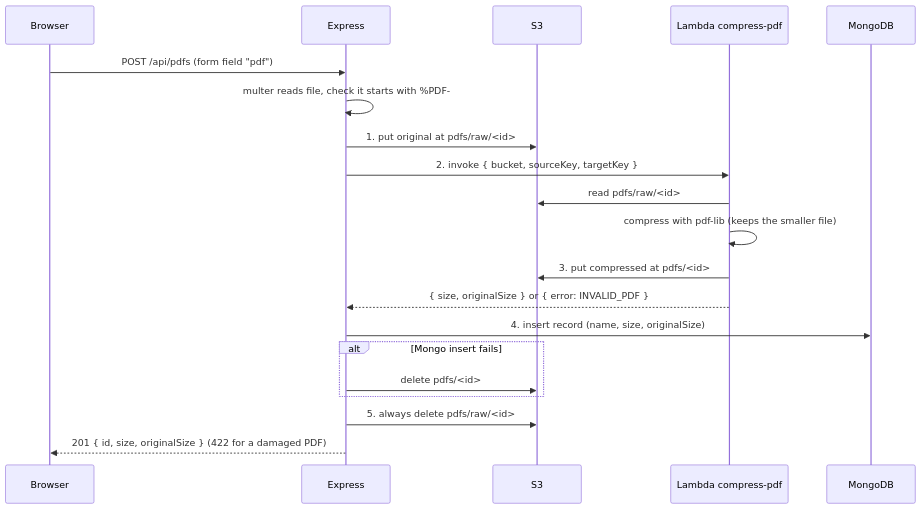
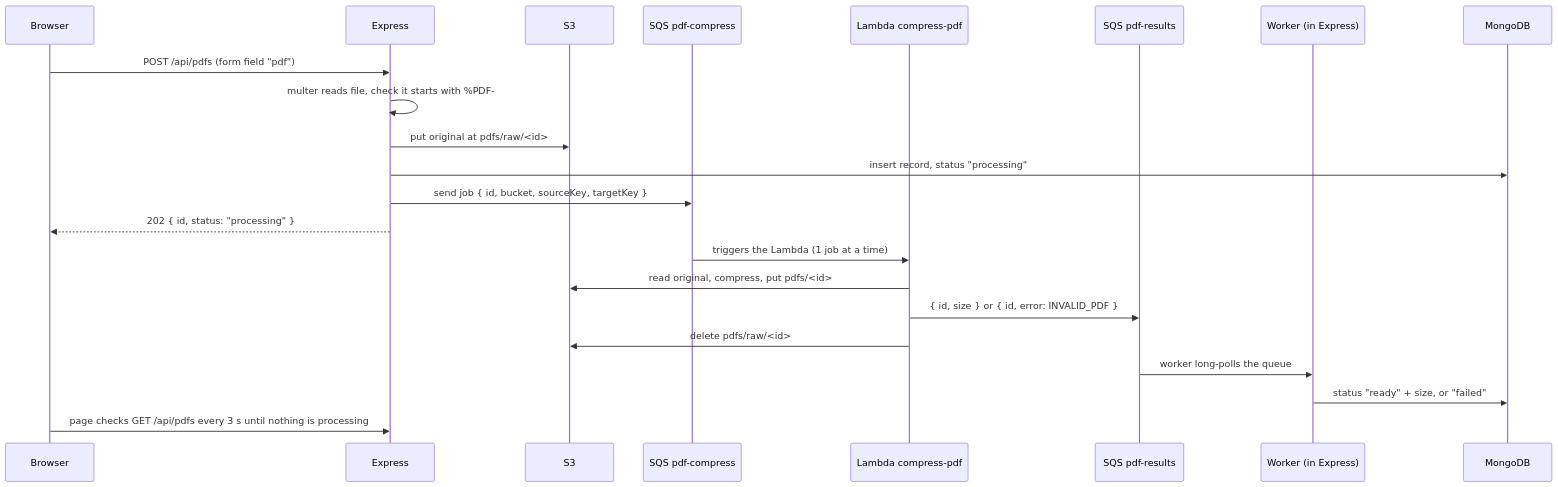
One commit to kushshah1554/localstack changed the third of 4 diagrams in ARCHITECTURE.md. Above: the diagram before and after it, drawn with Mermaid. The commit also changed other lines of this file and 17 other files, not shown here.

First line of the commit message:
Implement SQS for PDF compression workflow

````diff
--- a/ARCHITECTURE.md
+++ b/ARCHITECTURE.md
@@ -59,23 +66,26 @@
 ```mermaid
 sequenceDiagram
     participant B as Browser
     participant E as Express
     participant S as S3
+    participant Q as SQS pdf-compress
     participant L as Lambda compress-pdf
+    participant R as SQS pdf-results
+    participant W as Worker (in Express)
     participant M as MongoDB
 
     B->>E: POST /api/pdfs (form field "pdf")
     E->>E: multer reads file, check it starts with %PDF-
-    E->>S: 1. put original at pdfs/raw/<id>
-    E->>L: 2. invoke { bucket, sourceKey, targetKey }
-    L->>S: read pdfs/raw/<id>
-    L->>L: compress with pdf-lib (keeps the smaller file)
-    L->>S: 3. put compressed at pdfs/<id>
-    L-->>E: { size, originalSize }  or  { error: INVALID_PDF }
-    E->>M: 4. insert record (name, size, originalSize)
-    alt Mongo insert fails
-        E->>S: delete pdfs/<id>
-    end
-    E->>S: 5. always delete pdfs/raw/<id>
-    E-->>B: 201 { id, size, originalSize }  (422 for a damaged PDF)
+    E->>S: put original at pdfs/raw/<id>
+    E->>M: insert record, status "processing"
+    E->>Q: send job { id, bucket, sourceKey, targetKey }
+    E-->>B: 202 { id, status: "processing" }
+
+    Q->>L: triggers the Lambda (1 job at a time)
+    L->>S: read original, compress, put pdfs/<id>
+    L->>R: { id, size }  or  { id, error: INVALID_PDF }
+    L->>S: delete pdfs/raw/<id>
+    R->>W: worker long-polls the queue
+    W->>M: status "ready" + size, or "failed"
+    B->>E: page checks GET /api/pdfs every 3 s until nothing is processing
 ```
````
